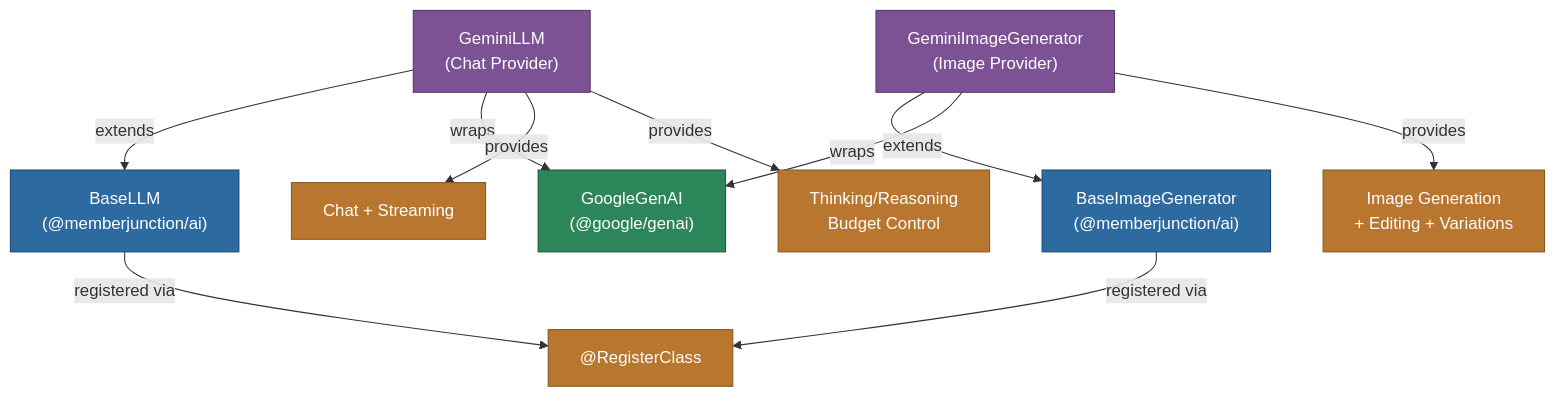
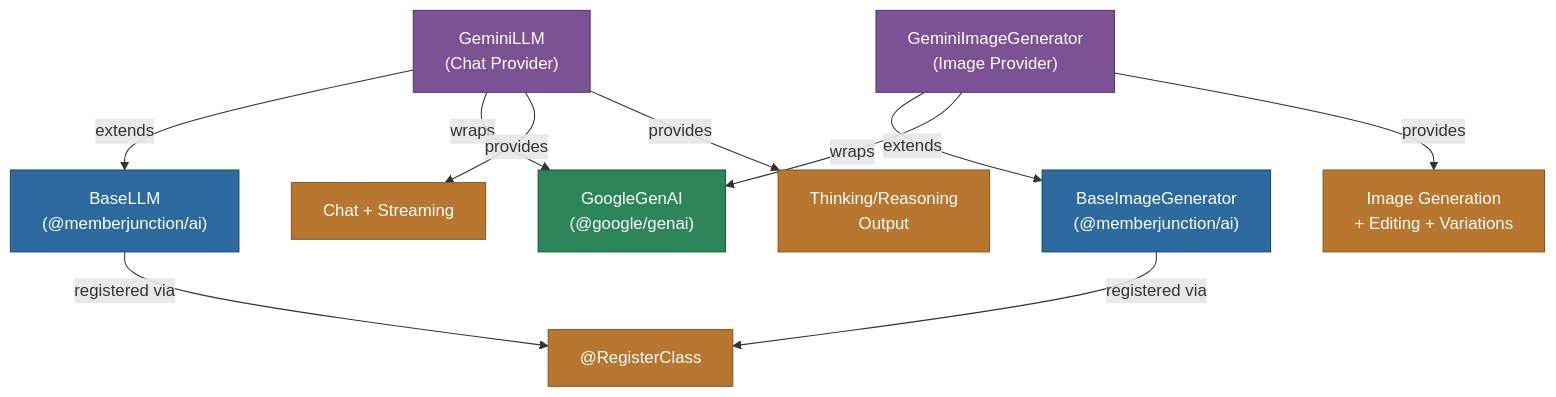
Before and after one commit to MemberJunction/MJ: the diagram in packages/AI/Providers/Gemini/readme.md, drawn with Mermaid. The commit also changed other lines of this file and 252 other files, not shown here.

````diff
--- a/packages/AI/Providers/Gemini/readme.md
+++ b/packages/AI/Providers/Gemini/readme.md
@@ -9,22 +9,22 @@
 ```mermaid
 graph TD
     A["GeminiLLM<br/>(Chat Provider)"] -->|extends| B["BaseLLM<br/>(@memberjunction/ai)"]
     C["GeminiImageGenerator<br/>(Image Provider)"] -->|extends| D["BaseImageGenerator<br/>(@memberjunction/ai)"]
     A -->|wraps| E["GoogleGenAI<br/>(@google/genai)"]
     C -->|wraps| E
     A -->|provides| F["Chat + Streaming"]
-    A -->|provides| G["Thinking/Reasoning<br/>Budget Control"]
+    A -->|provides| G["Thinking/Reasoning<br/>Output"]
     C -->|provides| H["Image Generation<br/>+ Editing + Variations"]
     B -->|registered via| I["@RegisterClass"]
     D -->|registered via| I
 
     style A fill:#7c5295,stroke:#563a6b,color:#fff
     style C fill:#7c5295,stroke:#563a6b,color:#fff
     style B fill:#2d6a9f,stroke:#1a4971,color:#fff
     style D fill:#2d6a9f,stroke:#1a4971,color:#fff
     style E fill:#2d8659,stroke:#1a5c3a,color:#fff
     style F fill:#b8762f,stroke:#8a5722,color:#fff
     style G fill:#b8762f,stroke:#8a5722,color:#fff
     style H fill:#b8762f,stroke:#8a5722,color:#fff
     style I fill:#b8762f,stroke:#8a5722,color:#fff
 ```
````
